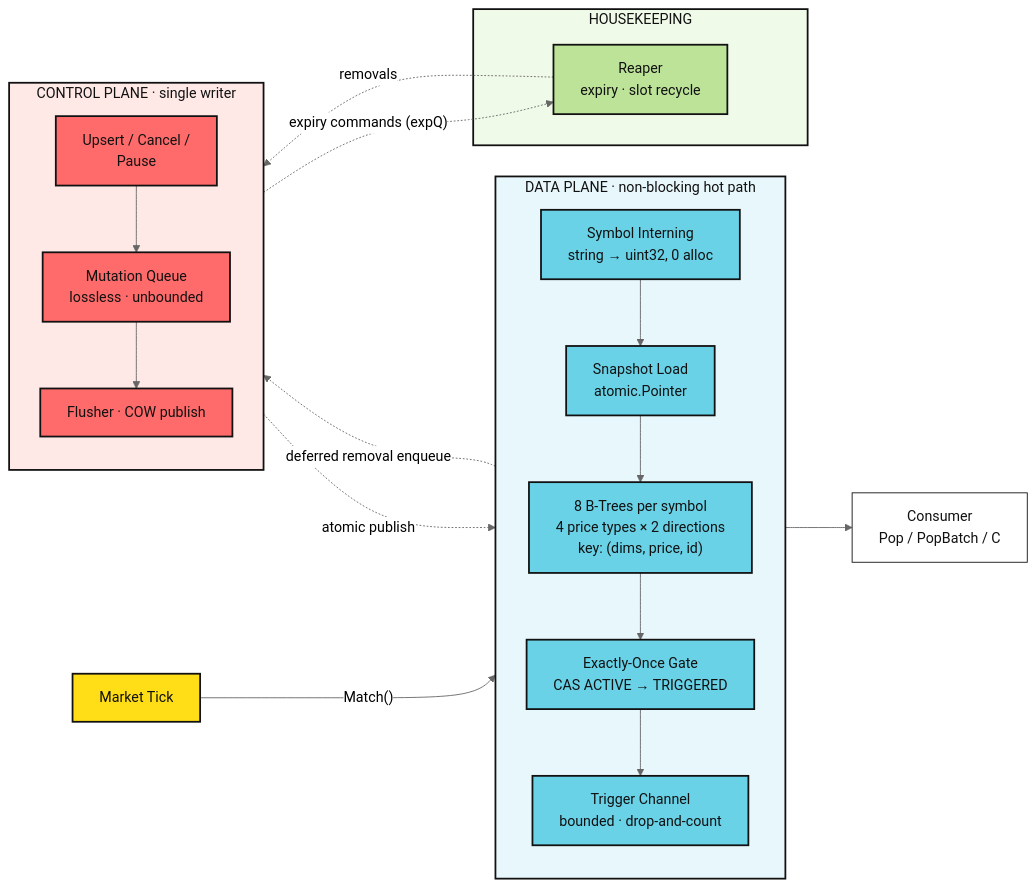
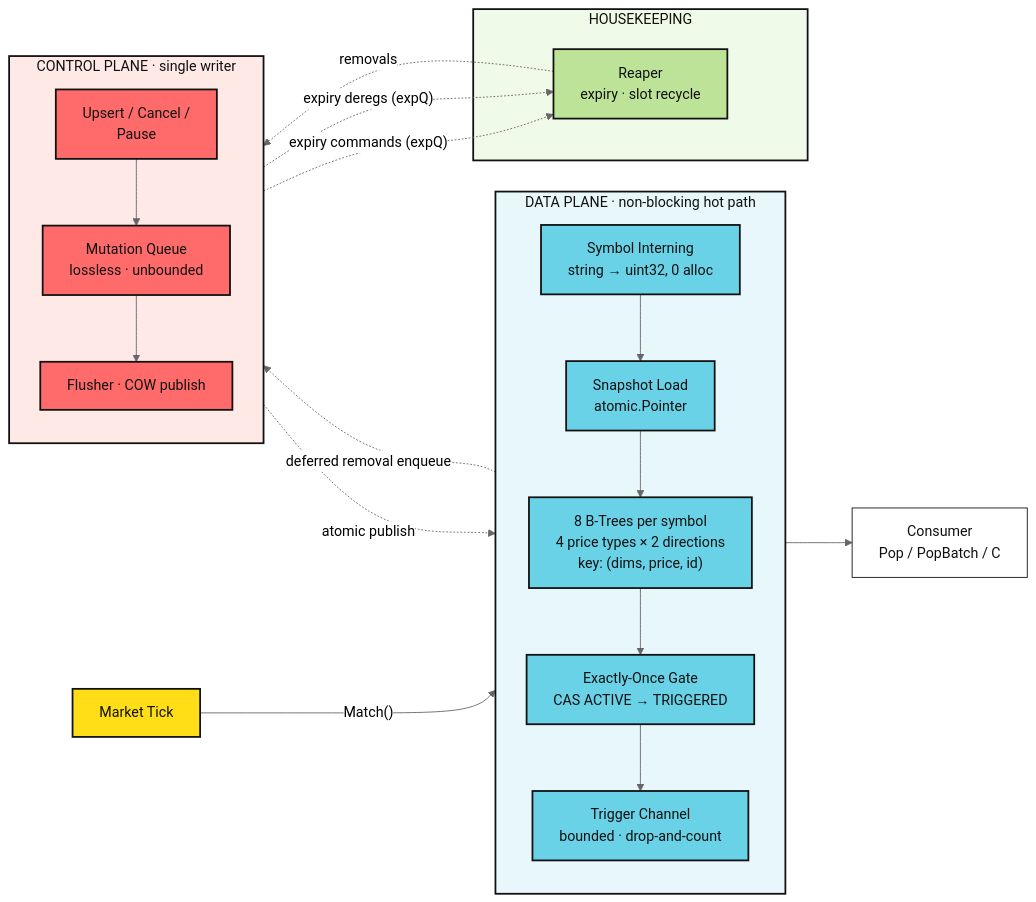
Before and after one commit to emirakts0/chrono-tree: the diagram in README.md, drawn with Mermaid (neutral theme). The commit also changed 2 other files, not shown here.

Commit message:
chore(engine): portable manual-test profile paths, doc nits from final review

````diff
--- a/README.md
+++ b/README.md
@@ -42,51 +42,52 @@
 ```mermaid
 flowchart LR
     T["Market Tick"]
 
     subgraph DP["DATA PLANE · non-blocking hot path"]
         direction TB
         IN["Symbol Interning<br/>string → uint32, 0 alloc"]
         SNAP["Snapshot Load<br/>atomic.Pointer"]
         TREES["8 B-Trees per symbol<br/>4 price types × 2 directions<br/>key: (dims, price, id)"]
         CAS["Exactly-Once Gate<br/>CAS ACTIVE → TRIGGERED"]
         RING["Trigger Channel<br/>bounded · drop-and-count"]
         IN --> SNAP --> TREES --> CAS --> RING
     end
 
     subgraph CP["CONTROL PLANE · single writer"]
         direction TB
         API["Upsert / Cancel /<br/>Pause"]
         MQ["Mutation Queue<br/>lossless · unbounded"]
         FL["Flusher · COW publish"]
         API --> MQ --> FL
     end
 
     subgraph HK["HOUSEKEEPING"]
         RP["Reaper<br/>expiry · slot recycle"]
     end
 
     OUT["Consumer<br/>Pop / PopBatch / C"]
 
     T -- "Match()" --> IN
     RING --> OUT
     FL -. "atomic publish" .-> SNAP
     RP -. "removals" .-> MQ
     CAS -. "deferred removal enqueue" .-> MQ
     API -. "expiry commands (expQ)" .-> RP
+    FL -. "expiry deregs (expQ)" .-> RP
 
     classDef input fill:#FFDE17,stroke:#111,stroke-width:2px,color:#111
     classDef data fill:#69D2E7,stroke:#111,stroke-width:2px,color:#111
     classDef control fill:#FF6B6B,stroke:#111,stroke-width:2px,color:#111
     classDef house fill:#BDE399,stroke:#111,stroke-width:2px,color:#111
     classDef comp fill:#ffffff,stroke:#111,stroke-width:1px,color:#111
 
     class T input
     class IN,SNAP,TREES,CAS,RING data
     class API,MQ,FL control
     class RP house
     class OUT comp
 
     style DP fill:#E8F7FB,stroke:#111,stroke-width:2px,color:#111
     style CP fill:#FFE9E7,stroke:#111,stroke-width:2px,color:#111
     style HK fill:#F0FAE9,stroke:#111,stroke-width:2px,color:#111
 ```
````
